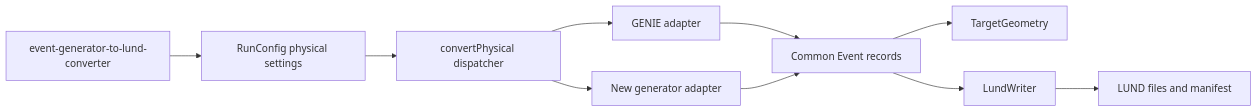
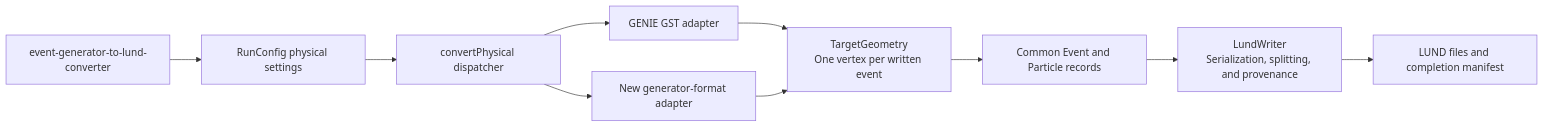
Before and after one commit to alons126/CLAS12-sample-generator: the diagram in docs/development/adding-event-generator.md, drawn with Mermaid. The commit also changed other lines of this file and 5 other files, not shown here.

Commit message:
Update workflow diagrams and launcher preflight

````diff
--- a/docs/development/adding-event-generator.md
+++ b/docs/development/adding-event-generator.md
@@ -5,12 +5,12 @@
 ```mermaid
 flowchart LR
-    CLI[event-generator-to-lund-converter] --> RC[RunConfig physical settings]
-    RC --> D[convertPhysical dispatcher]
-    D --> G[GENIE adapter]
-    D --> N[New generator adapter]
-    G --> E[Common Event records]
-    N --> E
-    E --> T[TargetGeometry]
-    E --> W[LundWriter]
-    W --> F[LUND files and manifest]
+    CLI["event-generator-to-lund-converter"] --> RC["RunConfig physical settings"]
+    RC --> D["convertPhysical dispatcher"]
+    D --> G["GENIE GST adapter"]
+    D --> N["New generator-format adapter"]
+    G --> T["TargetGeometry<br/>One vertex per written event"]
+    N --> T
+    T --> E["Common Event and Particle records"]
+    E --> W["LundWriter<br/>Serialization, splitting, and provenance"]
+    W --> F["LUND files and completion manifest"]
 ```
````
